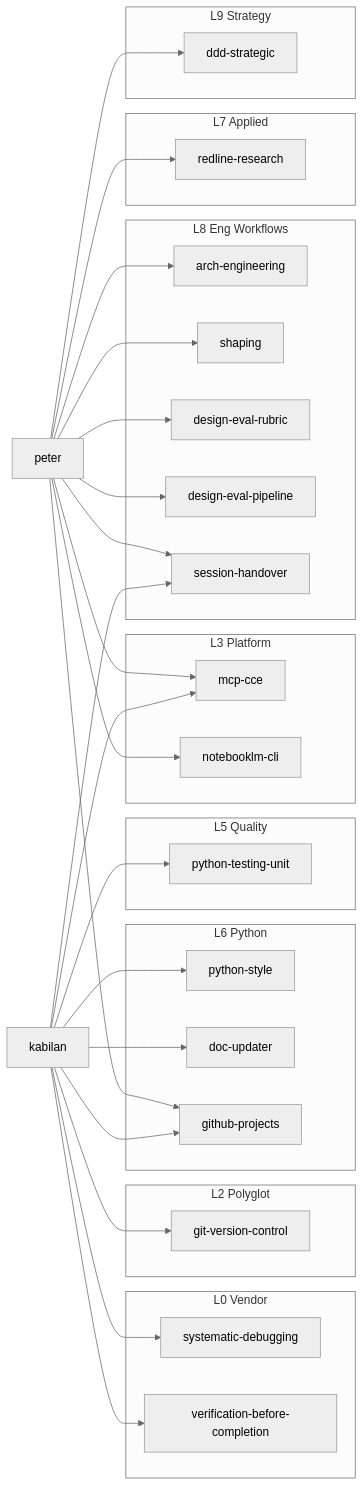
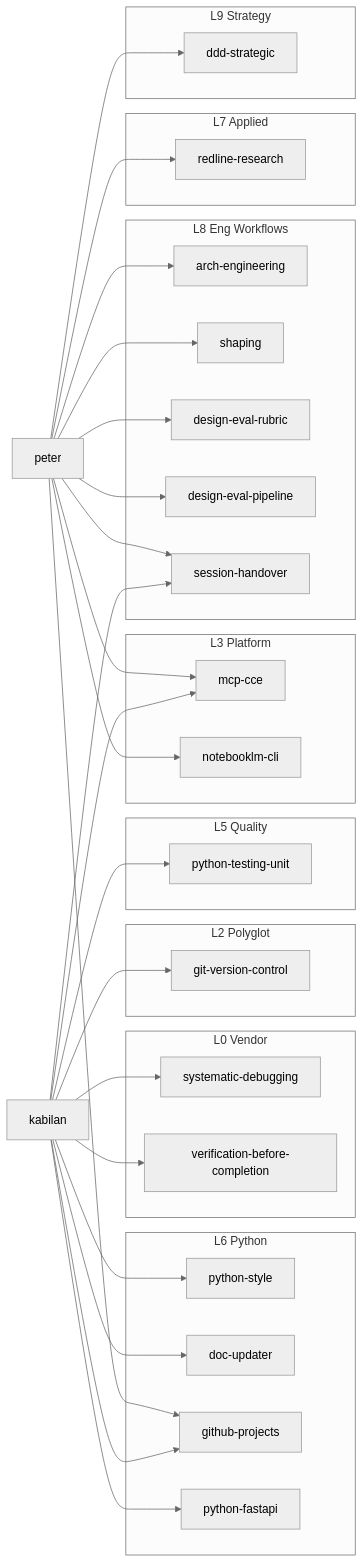
One commit to redmarklogic/redline changed the first of 3 diagrams in docs/architecture/skills-architecture.md. Above: the diagram before and after it, drawn with Mermaid (neutral theme). The commit also changed other lines of this file and 32 other files, not shown here.

First line of the commit message:
docs(skills): add python-fastapi skill and update related skills

````diff
--- a/docs/architecture/skills-architecture.md
+++ b/docs/architecture/skills-architecture.md
@@ -287,66 +287,68 @@
 ```mermaid
 graph LR
     kab[kabilan]
     pet[peter]
 
     subgraph L0[L0 Vendor]
         sysd[systematic-debugging]
         vbc[verification-before-completion]
     end
 
     subgraph L2[L2 Polyglot]
         gvc[git-version-control]
     end
 
     subgraph L3[L3 Platform]
         cce[mcp-cce]
         nlm[notebooklm-cli]
     end
 
     subgraph L5[L5 Quality]
         ptu[python-testing-unit]
     end
 
     subgraph L6[L6 Python]
         pst[python-style]
         du[doc-updater]
         ghp[github-projects]
+        pfa[python-fastapi]
     end
 
     subgraph L7[L7 Applied]
         rr[redline-research]
     end
 
     subgraph L8[L8 Eng Workflows]
         ae[arch-engineering]
         shp[shaping]
         der[design-eval-rubric]
         dep[design-eval-pipeline]
         sh[session-handover]
     end
 
     subgraph L9[L9 Strategy]
         ddd[ddd-strategic]
     end
 
     kab --> pst
     kab --> ptu
     kab --> sysd
     kab --> gvc
     kab --> du
     kab --> vbc
     kab --> cce
     kab --> sh
     kab --> ghp
+    kab --> pfa
 
     pet --> ae
     pet --> shp
     pet --> der
     pet --> dep
     pet --> ddd
     pet --> rr
     pet --> nlm
     pet --> cce
     pet --> sh
     pet --> ghp
 ```
````
